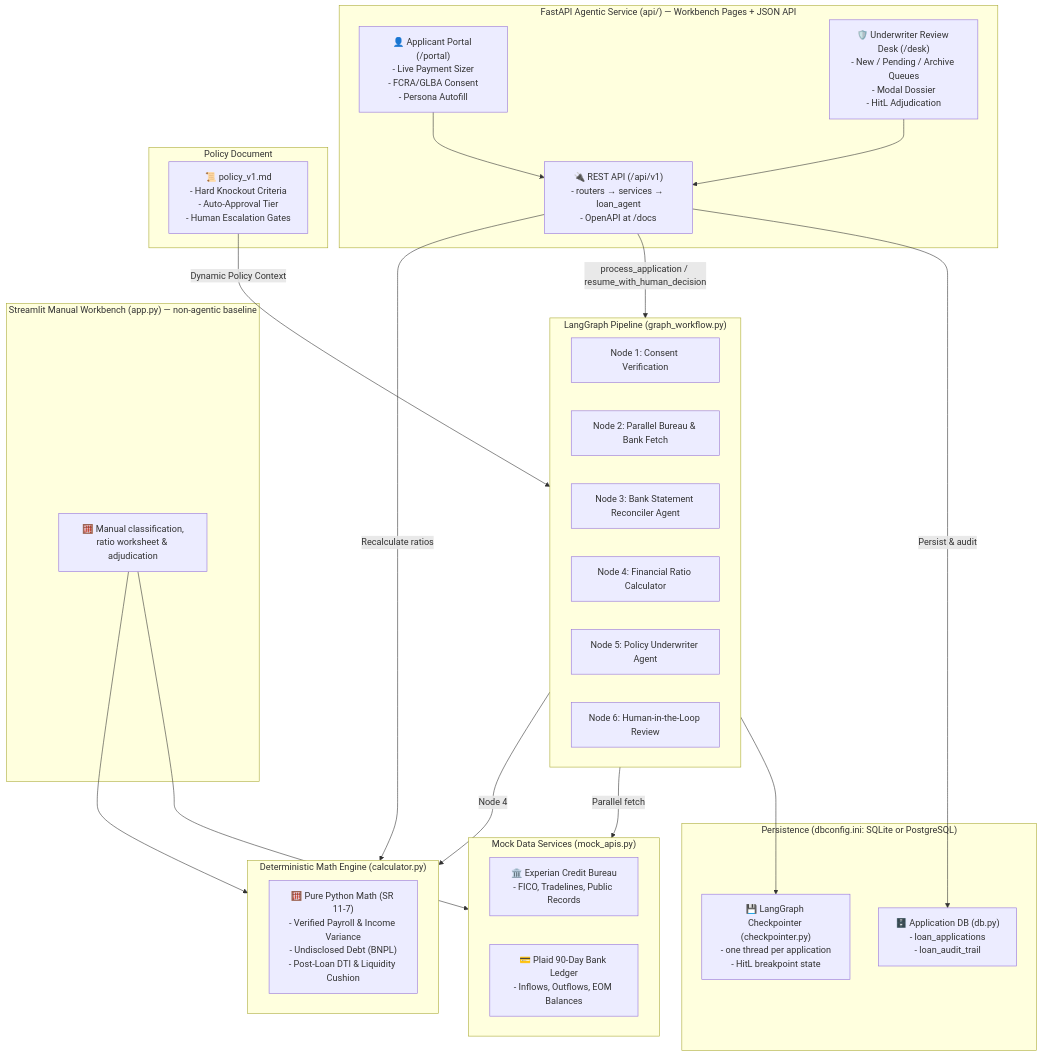
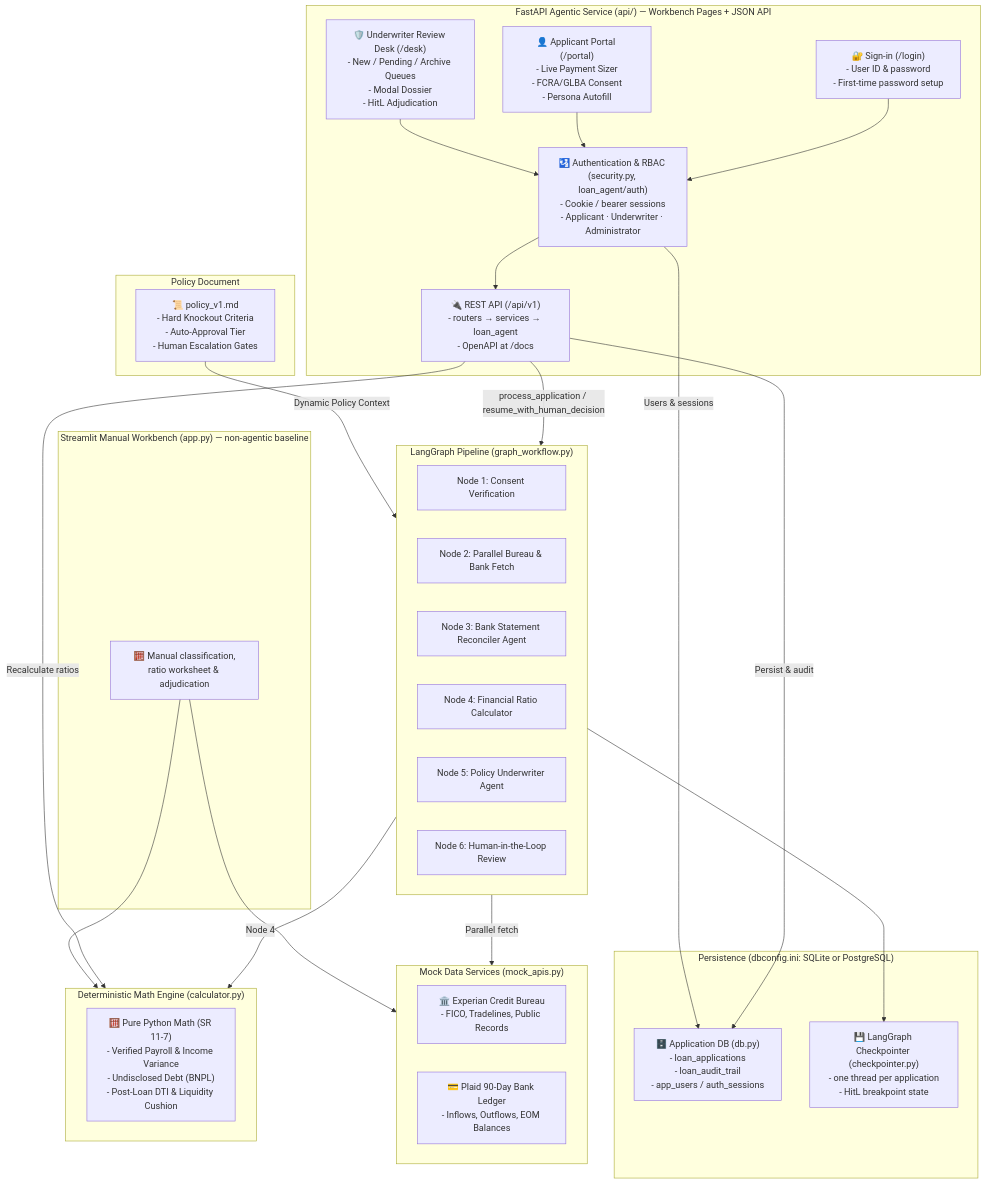
The diagram in README.md (vipar-11/loan-agent), drawn with Mermaid before and after one commit. The commit also changed other lines of this file and 67 other files, not shown here.

````diff
--- a/README.md
+++ b/README.md
@@ -29,51 +33,56 @@
 ```mermaid
 flowchart TD
     subgraph UI["FastAPI Agentic Service (api/) — Workbench Pages + JSON API"]
+        Login["🔐 Sign-in (/login)\n- User ID & password\n- First-time password setup"]
         Portal["👤 Applicant Portal (/portal)\n- Live Payment Sizer\n- FCRA/GLBA Consent\n- Persona Autofill"]
         Desk["🛡️ Underwriter Review Desk (/desk)\n- New / Pending / Archive Queues\n- Modal Dossier\n- HitL Adjudication"]
+        Auth["🛂 Authentication & RBAC (security.py, loan_agent/auth)\n- Cookie / bearer sessions\n- Applicant · Underwriter · Administrator"]
         API["🔌 REST API (/api/v1)\n- routers → services → loan_agent\n- OpenAPI at /docs"]
-        Portal --> API
-        Desk --> API
+        Login --> Auth
+        Portal --> Auth
+        Desk --> Auth
+        Auth --> API
     end
 
     subgraph Manual["Streamlit Manual Workbench (app.py) — non-agentic baseline"]
         ManualDesk["🧮 Manual classification,\nratio worksheet & adjudication"]
     end
 
     subgraph Persist["Persistence (dbconfig.ini: SQLite or PostgreSQL)"]
-        AppDB["🗄️ Application DB (db.py)\n- loan_applications\n- loan_audit_trail"]
+        AppDB["🗄️ Application DB (db.py)\n- loan_applications\n- loan_audit_trail\n- app_users / auth_sessions"]
         CkptDB["💾 LangGraph Checkpointer (checkpointer.py)\n- one thread per application\n- HitL breakpoint state"]
     end
 
     subgraph Data["Mock Data Services (mock_apis.py)"]
         Experian["🏛️ Experian Credit Bureau\n- FICO, Tradelines, Public Records"]
         Plaid["💳 Plaid 90-Day Bank Ledger\n- Inflows, Outflows, EOM Balances"]
     end
 
     subgraph Engine["Deterministic Math Engine (calculator.py)"]
         Calc["🧮 Pure Python Math (SR 11-7)\n- Verified Payroll & Income Variance\n- Undisclosed Debt (BNPL)\n- Post-Loan DTI & Liquidity Cushion"]
     end
 
     subgraph Agentic["LangGraph Pipeline (graph_workflow.py)"]
         Node1["Node 1: Consent Verification"]
         Node2["Node 2: Parallel Bureau & Bank Fetch"]
         Node3["Node 3: Bank Statement Reconciler Agent"]
         Node4["Node 4: Financial Ratio Calculator"]
         Node5["Node 5: Policy Underwriter Agent"]
         Node6["Node 6: Human-in-the-Loop Review"]
     end
 
     subgraph Policy["Policy Document"]
         PolMD["📜 policy_v1.md\n- Hard Knockout Criteria\n- Auto-Approval Tier\n- Human Escalation Gates"]
     end
 
     API -->|Persist & audit| AppDB
+    Auth -->|Users & sessions| AppDB
     API -->|process_application / resume_with_human_decision| Agentic
     Agentic --> CkptDB
     Agentic -->|Parallel fetch| Data
     Agentic -->|Node 4| Engine
     API -->|Recalculate ratios| Engine
     ManualDesk --> Data
     ManualDesk --> Engine
     PolMD -->|Dynamic Policy Context| Agentic
 ```
````
